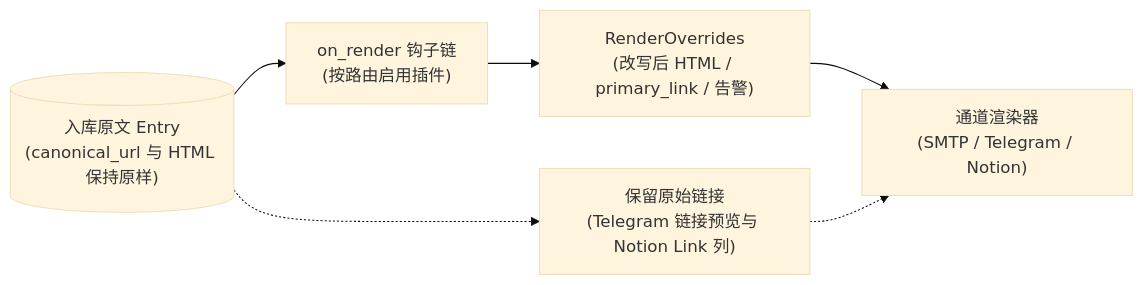
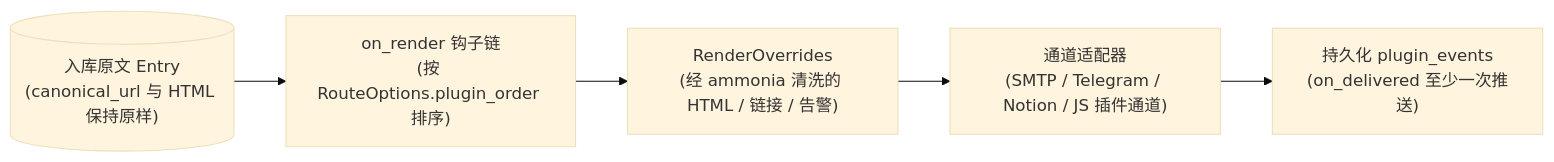
The diagram in docs/zh/plugins/index.md (ElleryHe/FeedCourier), drawn with Mermaid (base theme) before and after one commit. The commit also changed other lines of this file and 74 other files, not shown here.

````diff
--- a/docs/zh/plugins/index.md
+++ b/docs/zh/plugins/index.md
@@ -9,8 +9,7 @@
 ```mermaid
 flowchart LR
-    Entry[("入库原文 Entry\n(canonical_url 与 HTML 保持原样)")] --> Hook["on_render 钩子链\n(按路由启用插件)"]
-    Hook --> Overrides["RenderOverrides\n(改写后 HTML / primary_link / 告警)"]
-    Overrides --> Channels["通道渲染器\n(SMTP / Telegram / Notion)"]
-    Entry -.-> Preserve["保留原始链接\n(Telegram 链接预览与 Notion Link 列)"]
-    Preserve -.-> Channels
+    Entry[("入库原文 Entry\n(canonical_url 与 HTML 保持原样)")] --> Hook["on_render 钩子链\n(按 RouteOptions.plugin_order 排序)"]
+    Hook --> Overrides["RenderOverrides\n(经 ammonia 清洗的 HTML / 链接 / 告警)"]
+    Overrides --> Channels["通道适配器\n(SMTP / Telegram / Notion / JS 插件通道)"]
+    Channels --> Delivered["持久化 plugin_events\n(on_delivered 至少一次推送)"]
 ```
````
